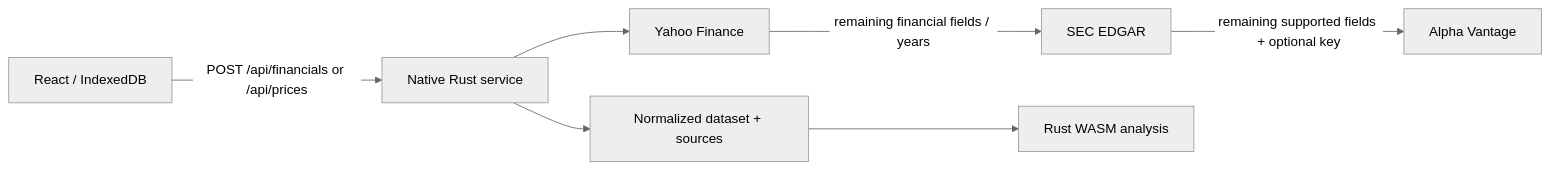
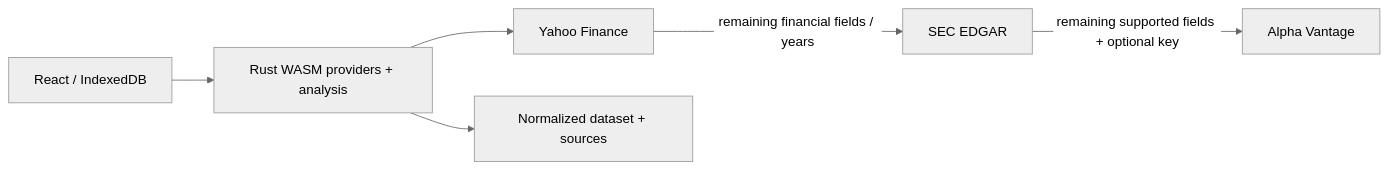
Before and after one commit to rsntlabs/financial: the diagram in docs/providers.md, drawn with Mermaid (neutral theme). The commit also changed other lines of this file and 130 other files, not shown here.

First line of the commit message:
Run financial providers in browser WASM

````diff
--- a/docs/providers.md
+++ b/docs/providers.md
@@ -3,9 +3,8 @@
 ```mermaid
 flowchart LR
-  UI[React / IndexedDB] -->|POST /api/financials or /api/prices| Service[Native Rust service]
-  Service --> Yahoo[Yahoo Finance]
+  UI[React / IndexedDB] --> WASM[Rust WASM providers + analysis]
+  WASM --> Yahoo[Yahoo Finance]
   Yahoo -->|remaining financial fields / years| SEC[SEC EDGAR]
   SEC -->|remaining supported fields + optional key| Alpha[Alpha Vantage]
-  Service --> Dataset[Normalized dataset + sources]
-  Dataset --> WASM[Rust WASM analysis]
+  WASM --> Dataset[Normalized dataset + sources]
 ```
````
